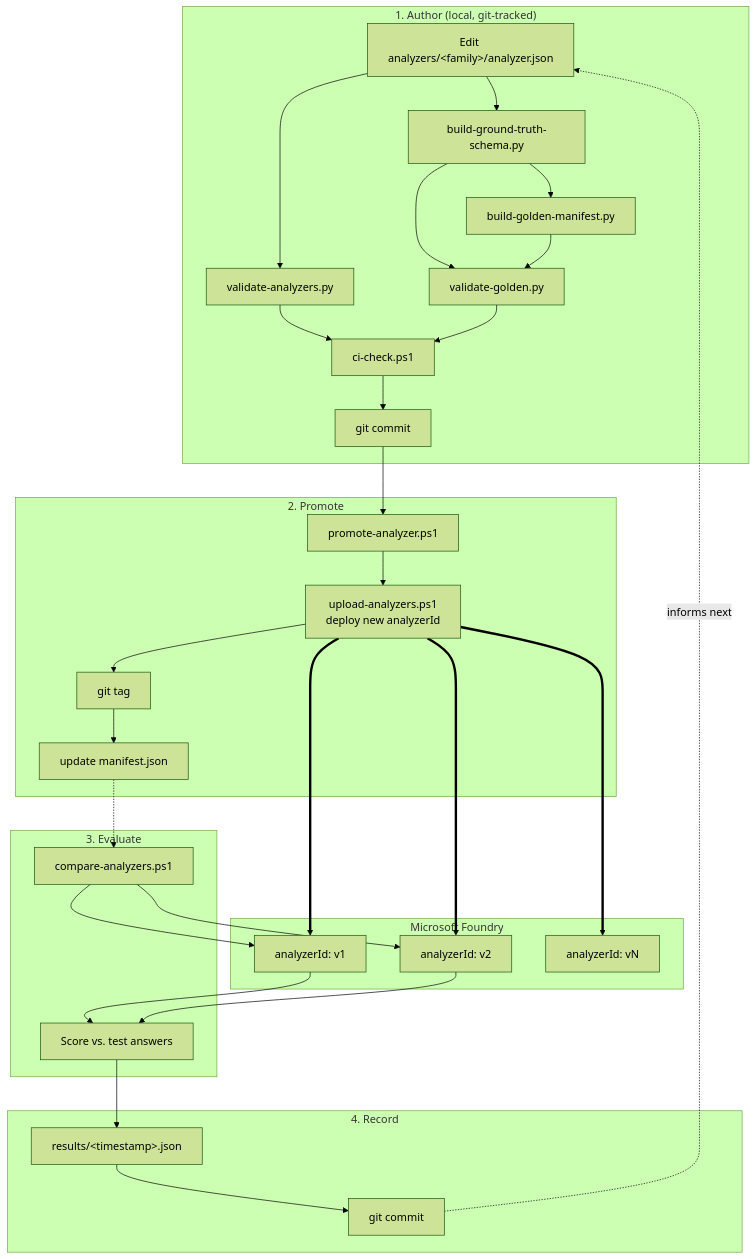
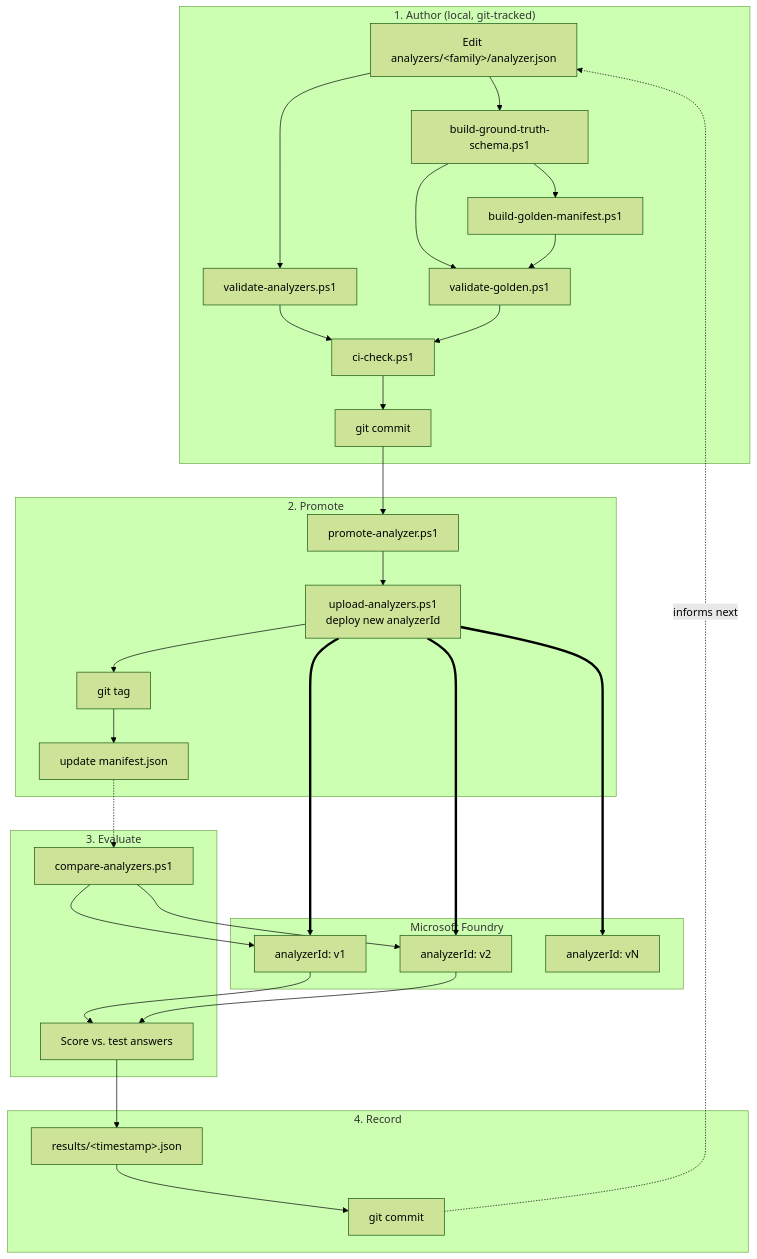
Before and after one commit to georgeollis/content-understanding-mlops: the second of 2 diagrams in docs/mlops-pipeline.md, drawn with Mermaid (forest theme). The commit also changed 4 other files, not shown here.

````diff
--- a/docs/mlops-pipeline.md
+++ b/docs/mlops-pipeline.md
@@ -95,59 +95,59 @@
 ```mermaid
 graph TB
     subgraph AUTHOR["1. Author (local, git-tracked)"]
         EDIT["Edit analyzers/&lt;family&gt;/analyzer.json"]
-        VALA["validate-analyzers.py"]
-        GTSCHEMA["build-ground-truth-schema.py"]
-        GOLDMAN["build-golden-manifest.py"]
-        VALG["validate-golden.py"]
+        VALA["validate-analyzers.ps1"]
+        GTSCHEMA["build-ground-truth-schema.ps1"]
+        GOLDMAN["build-golden-manifest.ps1"]
+        VALG["validate-golden.ps1"]
         CI["ci-check.ps1"]
         COMMIT["git commit"]
 
         EDIT --> VALA
         EDIT --> GTSCHEMA --> VALG
         GTSCHEMA --> GOLDMAN --> VALG
         VALA --> CI
         VALG --> CI
         CI --> COMMIT
     end
 
     subgraph PROMOTE["2. Promote"]
         PROMOTESCRIPT["promote-analyzer.ps1"]
         UPLOAD["upload-analyzers.ps1<br/>deploy new analyzerId"]
         TAG["git tag"]
         MANIFEST["update manifest.json"]
 
         COMMIT --> PROMOTESCRIPT
         PROMOTESCRIPT --> UPLOAD --> TAG --> MANIFEST
     end
 
     subgraph AZURE["Microsoft Foundry"]
         ANALYZERV1["analyzerId: v1"]
         ANALYZERV2["analyzerId: v2"]
         ANALYZERVN["analyzerId: vN"]
     end
 
     UPLOAD ==> ANALYZERV1
     UPLOAD ==> ANALYZERV2
     UPLOAD ==> ANALYZERVN
 
     subgraph EVALUATE["3. Evaluate"]
         COMPARESCRIPT["compare-analyzers.ps1"]
         SCORE["Score vs. test answers"]
 
         MANIFEST -.-> COMPARESCRIPT
         COMPARESCRIPT --> ANALYZERV1
         COMPARESCRIPT --> ANALYZERV2
         ANALYZERV1 --> SCORE
         ANALYZERV2 --> SCORE
     end
 
     subgraph RECORD["4. Record"]
         REPORT["results/&lt;timestamp&gt;.json"]
         COMMIT2["git commit"]
 
         SCORE --> REPORT --> COMMIT2
     end
 
     COMMIT2 -.->|"informs next"| EDIT
 ```
````
